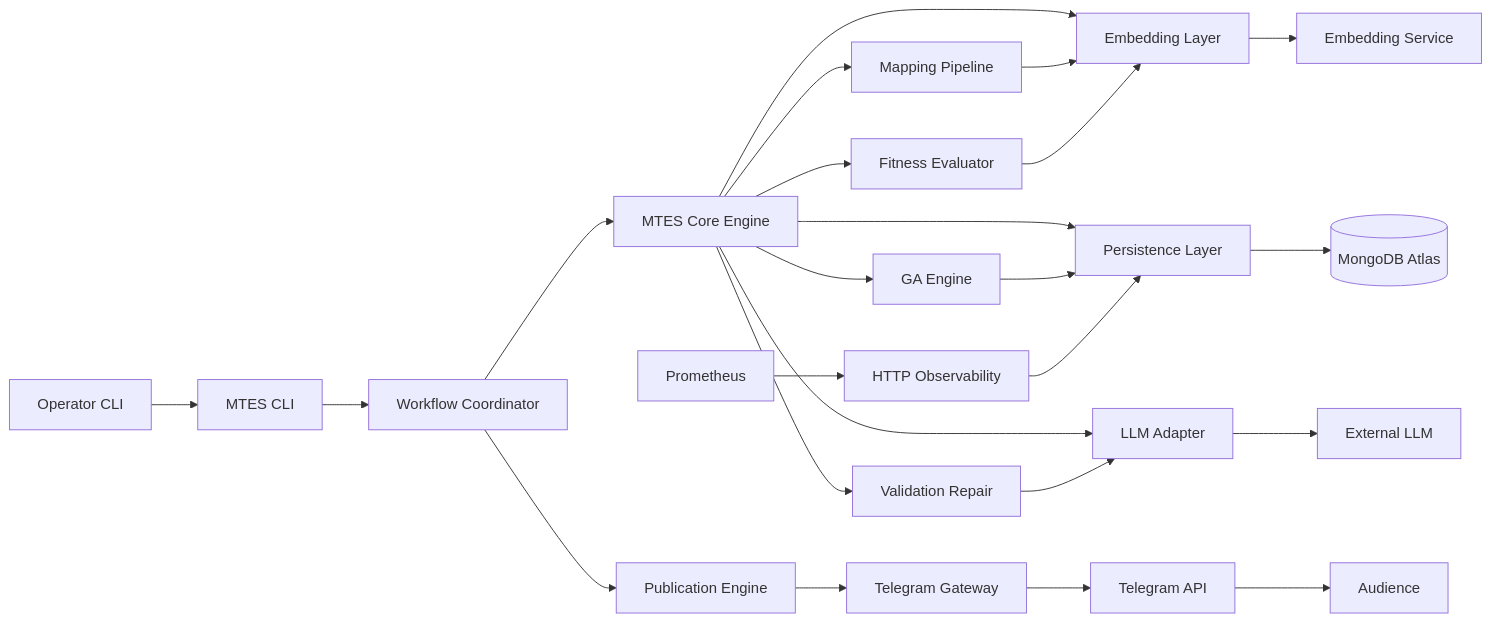
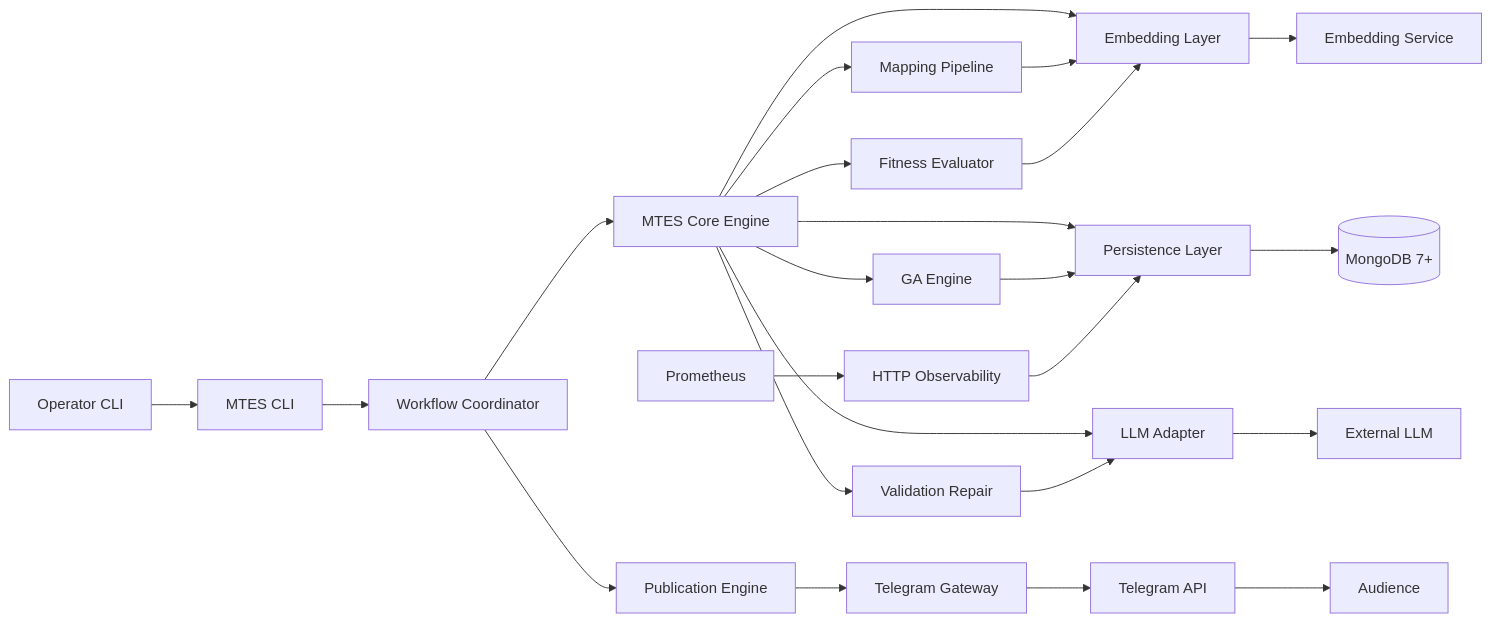
Before and after one commit to Lezhik/mtes: the diagram in docs/detailed_design.md, drawn with Mermaid. The commit also changed other lines of this file and 16 other files, not shown here.

````diff
--- a/docs/detailed_design.md
+++ b/docs/detailed_design.md
@@ -325,26 +325,26 @@
 ```mermaid
 graph LR
   Op[Operator CLI] --> CLI[MTES CLI]
   CLI --> WC[Workflow Coordinator]
   WC --> Core[MTES Core Engine]
   Core --> Map[Mapping Pipeline]
   Core --> GA[GA Engine]
   Core --> LLM[LLM Adapter]
   Core --> Emb[Embedding Layer]
   Core --> Val[Validation Repair]
   Core --> Fit[Fitness Evaluator]
   Map --> Emb
   Core --> Persist[Persistence Layer]
   GA --> Persist
   Val --> LLM
   Fit --> Emb
-  Persist --> Mongo[(MongoDB Atlas)]
+  Persist --> Mongo[(MongoDB 7+)]
   WC --> Pub[Publication Engine]
   Pub --> TG[Telegram Gateway]
   TG --> TAPI[Telegram API]
   TAPI --> Audience[Audience]
   Prom[Prometheus] --> HTTP[HTTP Observability]
   HTTP --> Persist
   LLM --> ExtLLM[External LLM]
   Emb --> ExtEmb[Embedding Service]
 ```
````
